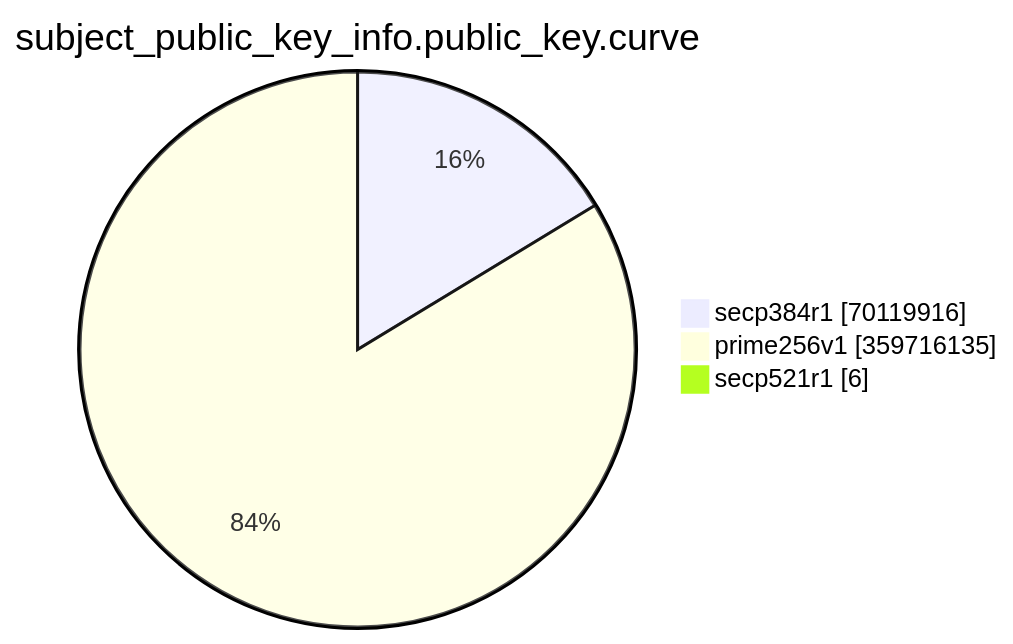
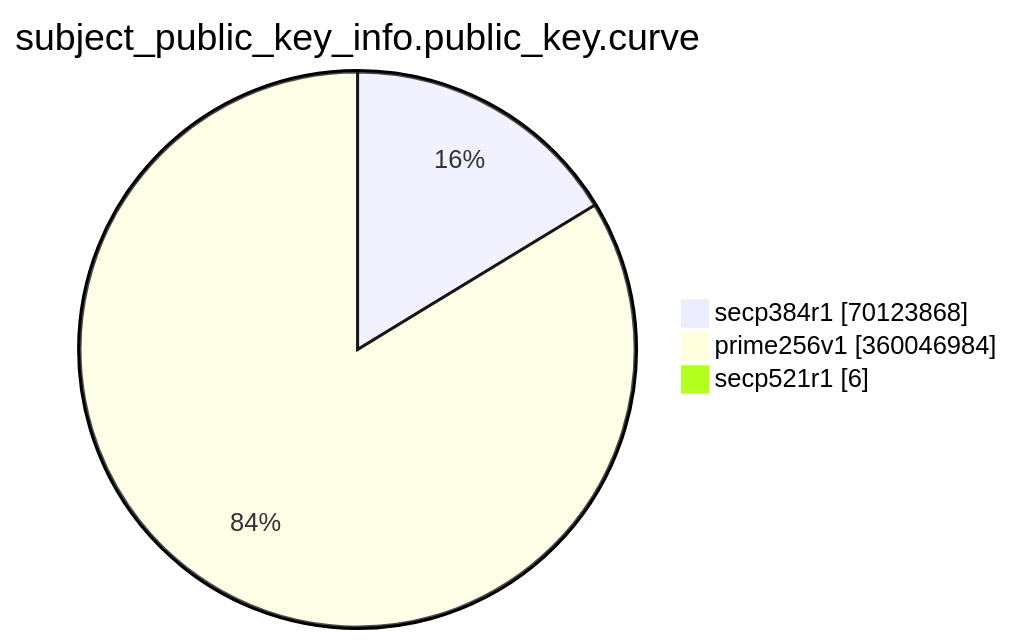
Before and after one commit to christiankrug/ctmonitor_visualization: the eighth of 15 diagrams in TOTAL/README.md, drawn with Mermaid. The commit also changed other lines of this file, not shown here.

````diff
--- a/TOTAL/README.md
+++ b/TOTAL/README.md
@@ -3085,7 +3086,7 @@
 ```mermaid
 pie showData
 title subject_public_key_info.public_key.curve
-"secp384r1" :70119916
-"prime256v1" :359716135
+"secp384r1" :70123868
+"prime256v1" :360046984
 "secp521r1" :6
 ```
````
